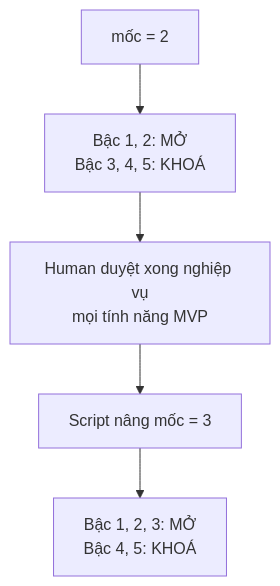
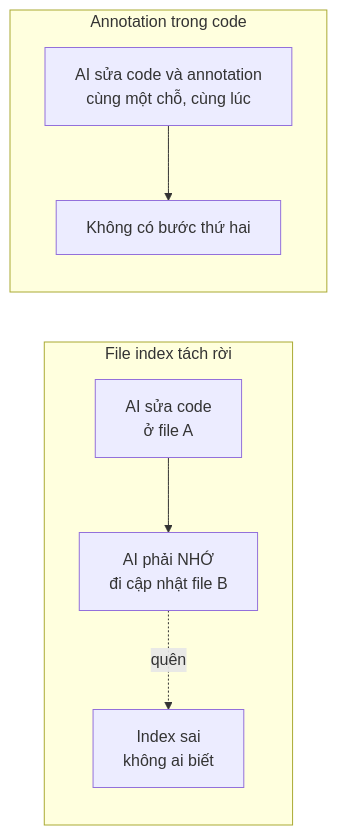
One commit to Kynderis/kendrick-ai-tools changed the first of 6 diagrams in answer.md. Above: the diagram before and after it, drawn with Mermaid. The commit also changed other lines of this file and 2 other files, not shown here.

````diff
--- a/answer.md
+++ b/answer.md
@@ -51,7 +23,11 @@
 ```mermaid
-flowchart TD
-    A["mốc = 2"] --> B["Bậc 1, 2: MỞ<br/>Bậc 3, 4, 5: KHOÁ"]
-    B --> C["Human duyệt xong nghiệp vụ<br/>mọi tính năng MVP"]
-    C --> D["Script nâng mốc = 3"]
-    D --> E["Bậc 1, 2, 3: MỞ<br/>Bậc 4, 5: KHOÁ"]
+flowchart LR
+    subgraph BAD["File index tách rời"]
+    A1["AI sửa code<br/>ở file A"] --> A2["AI phải NHỚ<br/>đi cập nhật file B"]
+    A2 -.->|"quên"| A3["Index sai<br/>không ai biết"]
+    end
+
+    subgraph GOOD["Annotation trong code"]
+    B1["AI sửa code và annotation<br/>cùng một chỗ, cùng lúc"] --> B2["Không có bước thứ hai"]
+    end
 ```
````
